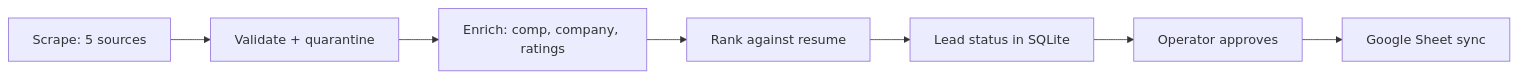
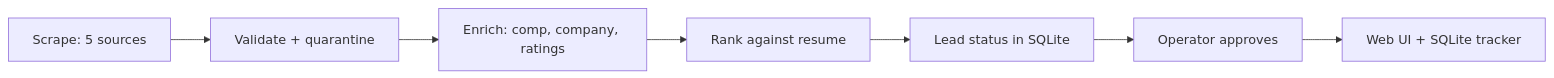
Before and after one commit to dstynchula/AgentZero: the diagram in README.md, drawn with Mermaid. The commit also changed other lines of this file and 60 other files, not shown here.

First line of the commit message:
Remove Google Sheets integration; local web UI is the job tracker (P31).

````diff
--- a/README.md
+++ b/README.md
@@ -24,9 +24,9 @@
 ```mermaid
 flowchart LR
     A[Scrape: 5 sources] --> B[Validate + quarantine]
     B --> C[Enrich: comp, company, ratings]
     C --> D[Rank against resume]
     D --> E[Lead status in SQLite]
     E --> F[Operator approves]
-    F --> G[Google Sheet sync]
+    F --> G[Web UI + SQLite tracker]
 ```
````
